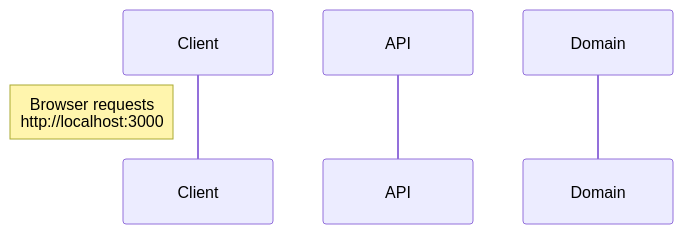
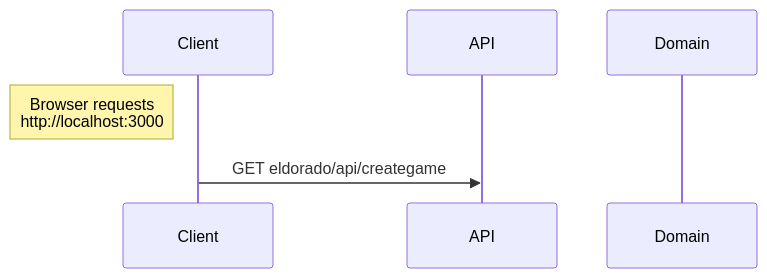
One commit to stijnlinderman/eldorado changed the first of 3 diagrams in ARCHITECTURE.md. Above: the diagram before and after it, drawn with Mermaid.

````diff
--- a/ARCHITECTURE.md
+++ b/ARCHITECTURE.md
@@ -4,7 +4,8 @@
 ```mermaid
 sequenceDiagram
     participant Client
     participant API
     participant Domain
     Note left of Client: Browser requests<br>http://localhost:3000
+    Client ->>API: GET eldorado/api/creategame
 ```
````
